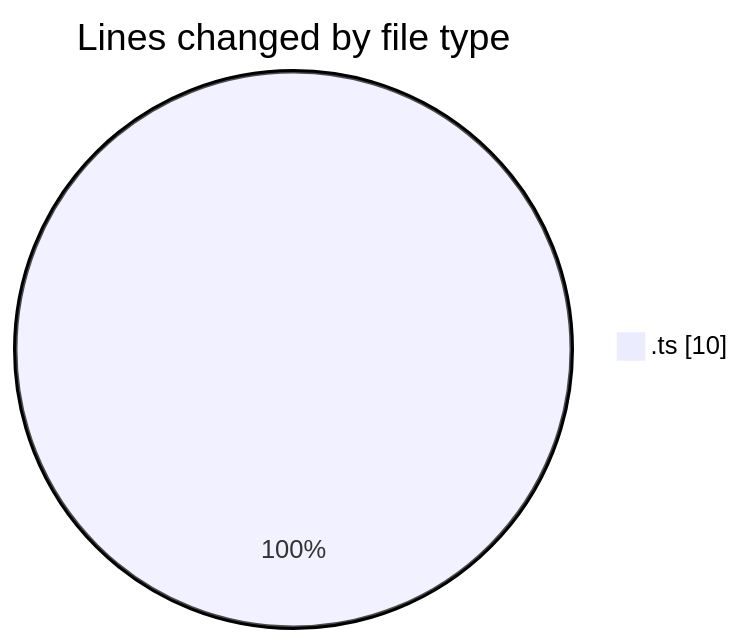
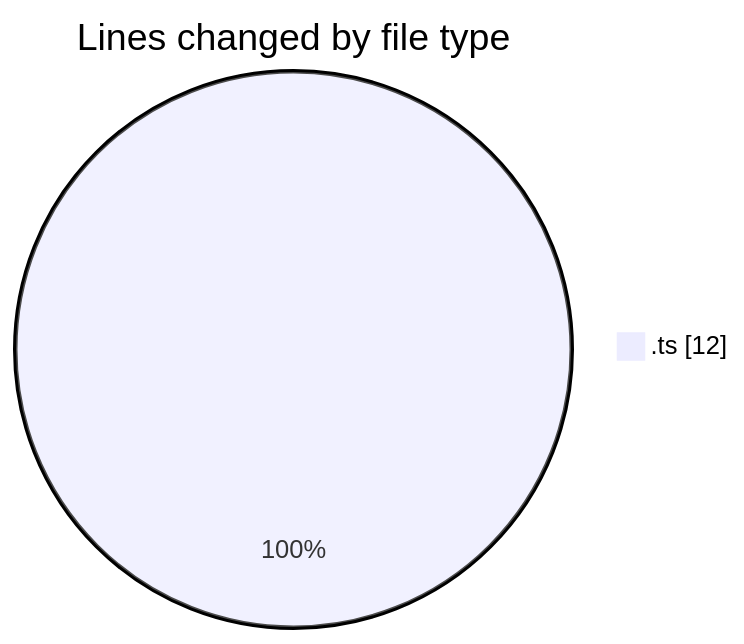
One commit to momahboobian/code-tracking changed the first of 2 diagrams in 2025-08-08/cda/README.md. Above: the diagram before and after it, drawn with Mermaid. The commit also changed other lines of this file and 1 other file, not shown here.

````diff
--- a/2025-08-08/cda/README.md
+++ b/2025-08-08/cda/README.md
@@ -20,5 +20,5 @@
 ```mermaid
 pie showData
 title Lines changed by file type
-".ts" : 10
+".ts" : 12
 ```
````
